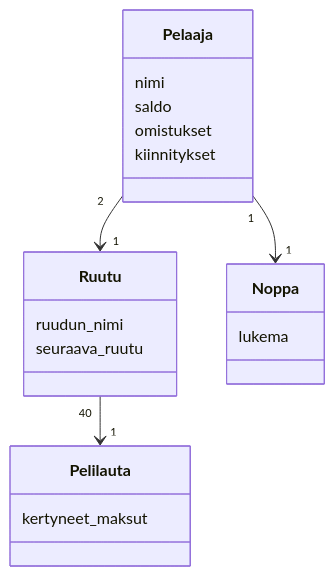
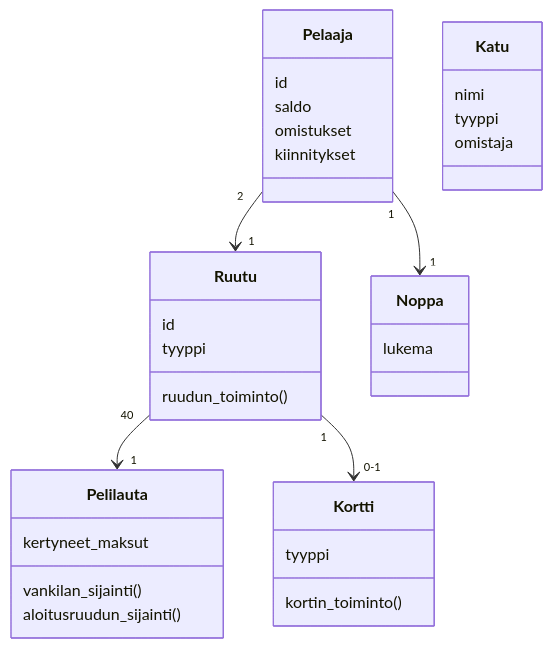
The diagram in laskarit/viikko3/monopoli-luokkakaavio.md (lkauria/ot-harjoitustyo), drawn with Mermaid before and after one commit. The commit also changed other lines of this file, not shown here.

Commit message:
luokkadiagrammin laajentaminen

````diff
--- a/laskarit/viikko3/monopoli-luokkakaavio.md
+++ b/laskarit/viikko3/monopoli-luokkakaavio.md
@@ -5,22 +5,35 @@
 ```mermaid
  classDiagram
       Pelaaja "2" --> "1" Ruutu
       Ruutu "40" --> "1" Pelilauta
       Pelaaja "1" --> "1" Noppa
+      Ruutu "1" --> "0-1" Kortti 
       class Noppa{
           lukema
       }
       class Pelaaja{
-          nimi
+          id
           saldo
           omistukset
           kiinnitykset
       }
       class Pelilauta{
           kertyneet_maksut
+          vankilan_sijainti()
+          aloitusruudun_sijainti()
       }
       class Ruutu{
-          ruudun_nimi
-          seuraava_ruutu
+          id 
+          tyyppi
+          ruudun_toiminto()
+      }
+      class Kortti{
+          tyyppi
+          kortin_toiminto()
+      }
+      class Katu{
+          nimi
+          tyyppi
+          omistaja
       }
 ```
````
